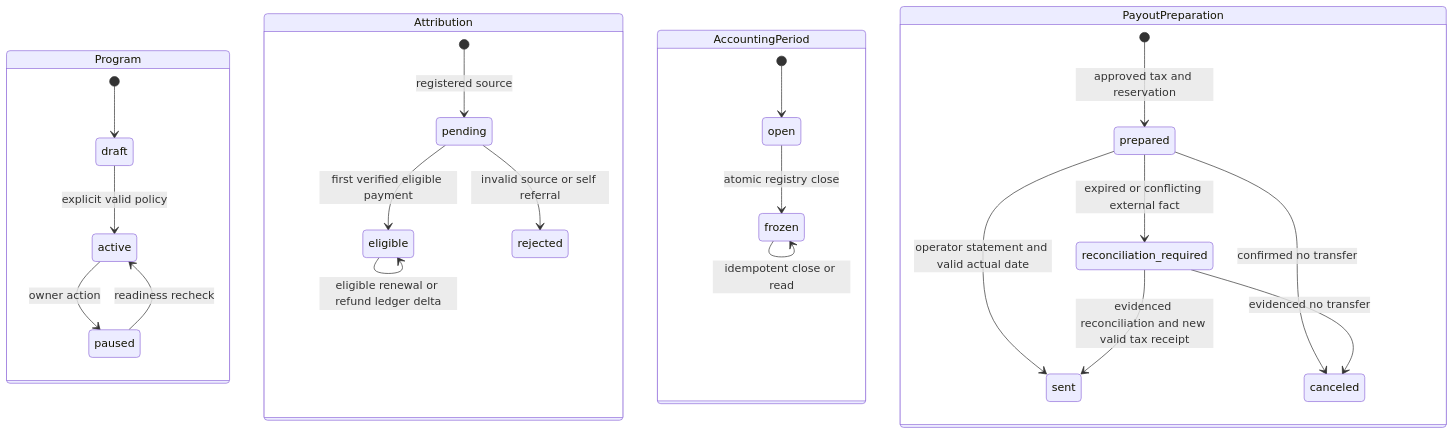
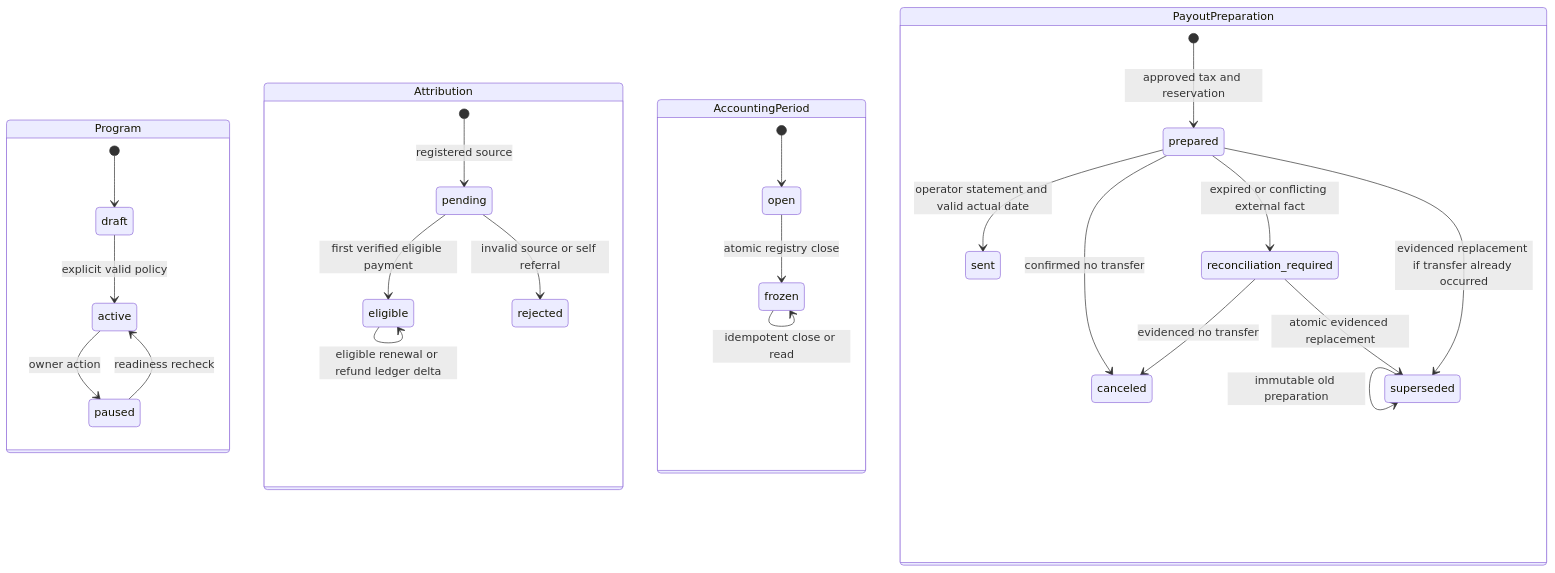
One commit to djd1m/2026-AUG-PU-Projects changed the diagram in projects/03a-affiliate-rewardful/docs/Pseudocode.md. Above: the diagram before and after it, drawn with Mermaid. The commit also changed other lines of this file and 11 other files, not shown here.

Commit message:
docs(n3a): refine PRD architecture after independent review

````diff
--- a/projects/03a-affiliate-rewardful/docs/Pseudocode.md
+++ b/projects/03a-affiliate-rewardful/docs/Pseudocode.md
@@ -282,28 +290,30 @@
 ```mermaid
 stateDiagram-v2
   state Program {
     [*] --> draft
     draft --> active: explicit valid policy
     active --> paused: owner action
     paused --> active: readiness recheck
   }
   state Attribution {
     [*] --> pending: registered source
     pending --> eligible: first verified eligible payment
     pending --> rejected: invalid source or self referral
     eligible --> eligible: eligible renewal or refund ledger delta
   }
   state AccountingPeriod {
     [*] --> open
     open --> frozen: atomic registry close
     frozen --> frozen: idempotent close or read
   }
   state PayoutPreparation {
     [*] --> prepared: approved tax and reservation
     prepared --> sent: operator statement and valid actual date
     prepared --> canceled: confirmed no transfer
     prepared --> reconciliation_required: expired or conflicting external fact
-    reconciliation_required --> sent: evidenced reconciliation and new valid tax receipt
+    reconciliation_required --> superseded: atomic evidenced replacement
+    superseded --> superseded: immutable old preparation
+    prepared --> superseded: evidenced replacement if transfer already occurred
     reconciliation_required --> canceled: evidenced no transfer
   }
 ```
````
